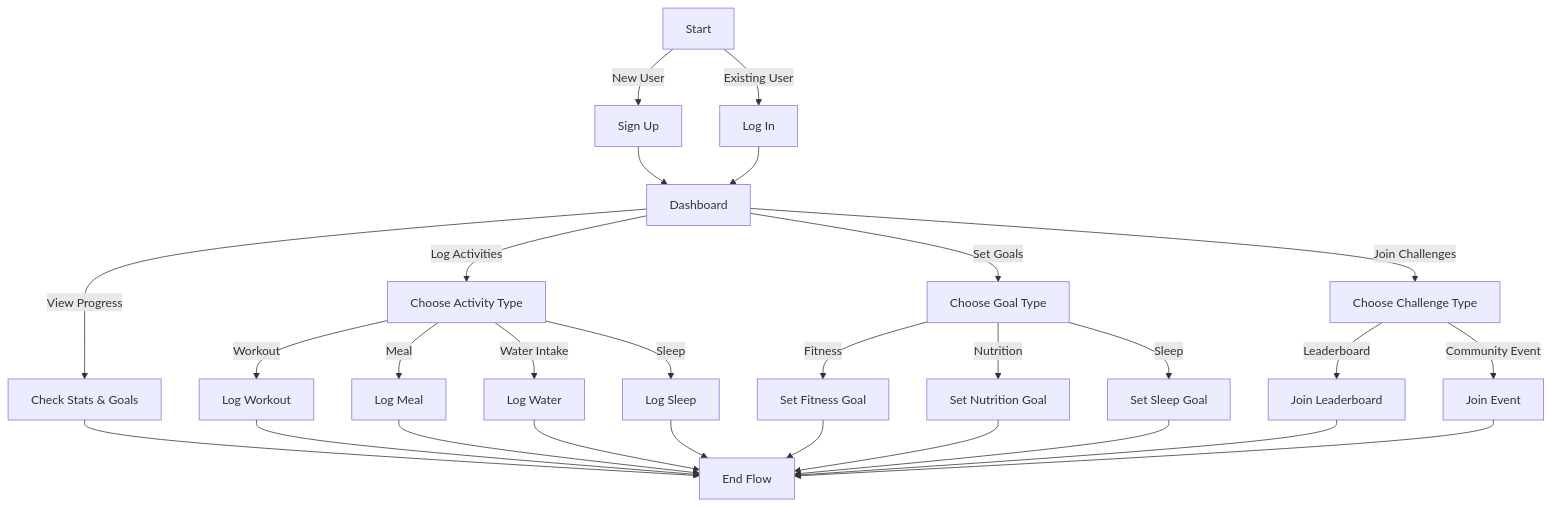
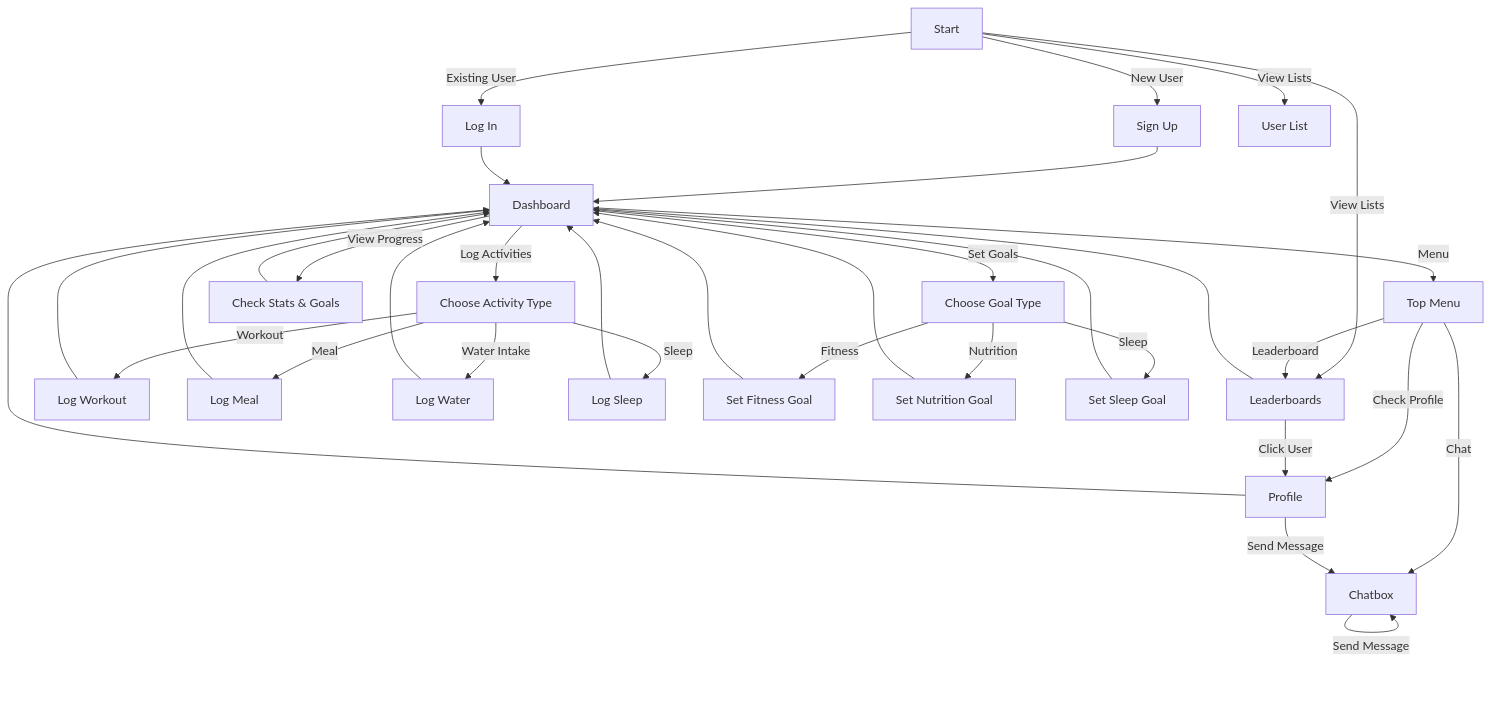
The second of 3 diagrams in README.md (csweenz/Capstone), drawn with Mermaid before and after one commit.

Commit message:
Update User Flow in README.md

````diff
--- a/README.md
+++ b/README.md
@@ -173,39 +173,45 @@
 ```mermaid
 flowchart TD
     A[Start] -->|New User| B[Sign Up]
     A -->|Existing User| C[Log In]
+	A -->|View Lists| S[User List]
+	A -->|View Lists| T[Leaderboards]
     
     B --> D[Dashboard]
     C --> D
 
     D -->|Log Activities| E[Choose Activity Type]
     E -->|Workout| F[Log Workout]
     E -->|Meal| G[Log Meal]
     E -->|Water Intake| H[Log Water]
     E -->|Sleep| I[Log Sleep]
 
     D -->|Set Goals| J[Choose Goal Type]
     J -->|Fitness| K[Set Fitness Goal]
     J -->|Nutrition| L[Set Nutrition Goal]
     J -->|Sleep| M[Set Sleep Goal]
 
-    D -->|Join Challenges| N[Choose Challenge Type]
-    N -->|Leaderboard| O[Join Leaderboard]
-    N -->|Community Event| P[Join Event]
+    D -->|Menu| N[Top Menu]
+	N -->|Chat| O[Chatbox]
+    N -->|Leaderboard| T
+    N -->|Check Profile| P[Profile]
+	
+	O -->|Send Message| O
+	P -->|Send Message| O
+	T -->|Click User| P	
 
     D -->|View Progress| Q[Check Stats & Goals]
     
-    Q --> R[End Flow]
-    F --> R
-    G --> R
-    H --> R
-    I --> R
-    K --> R
-    L --> R
-    M --> R
-    O --> R
-    P --> R
-
+    Q --> D
+    F --> D
+    G --> D
+    H --> D
+    I --> D
+    K --> D
+    L --> D
+    M --> D
+    P --> D
+	T --> D
 
 
 ```
````
